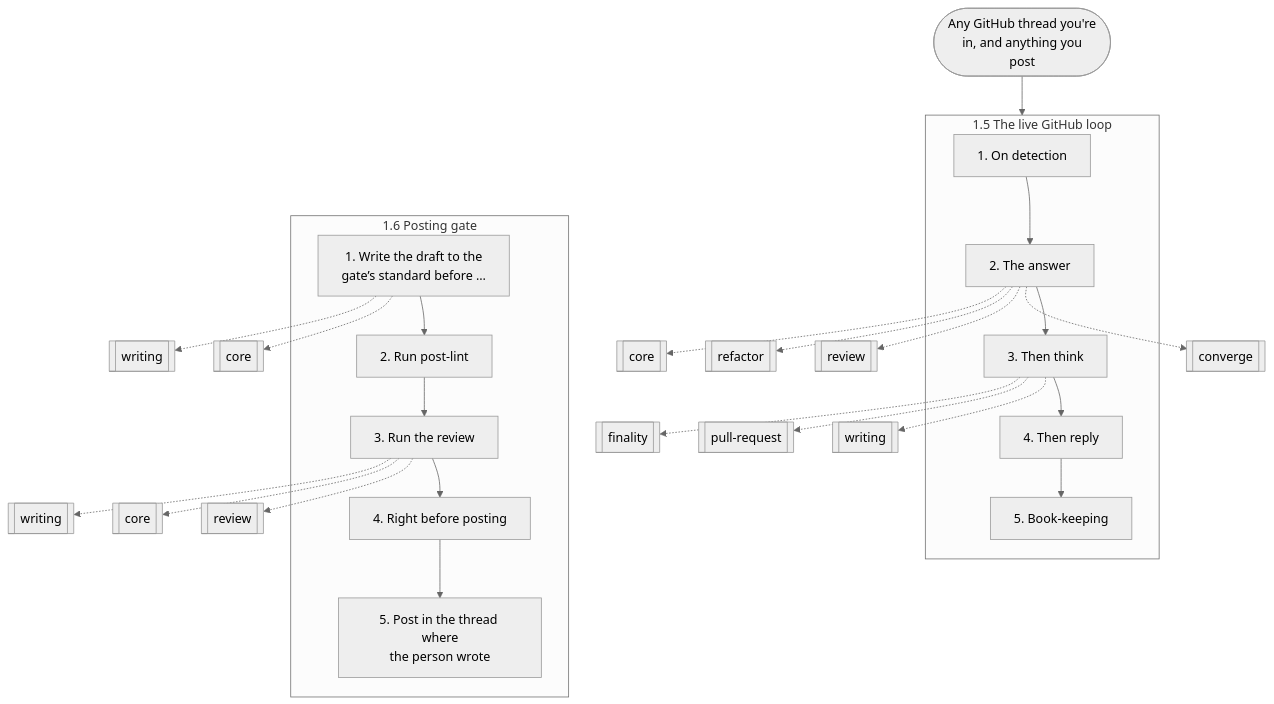
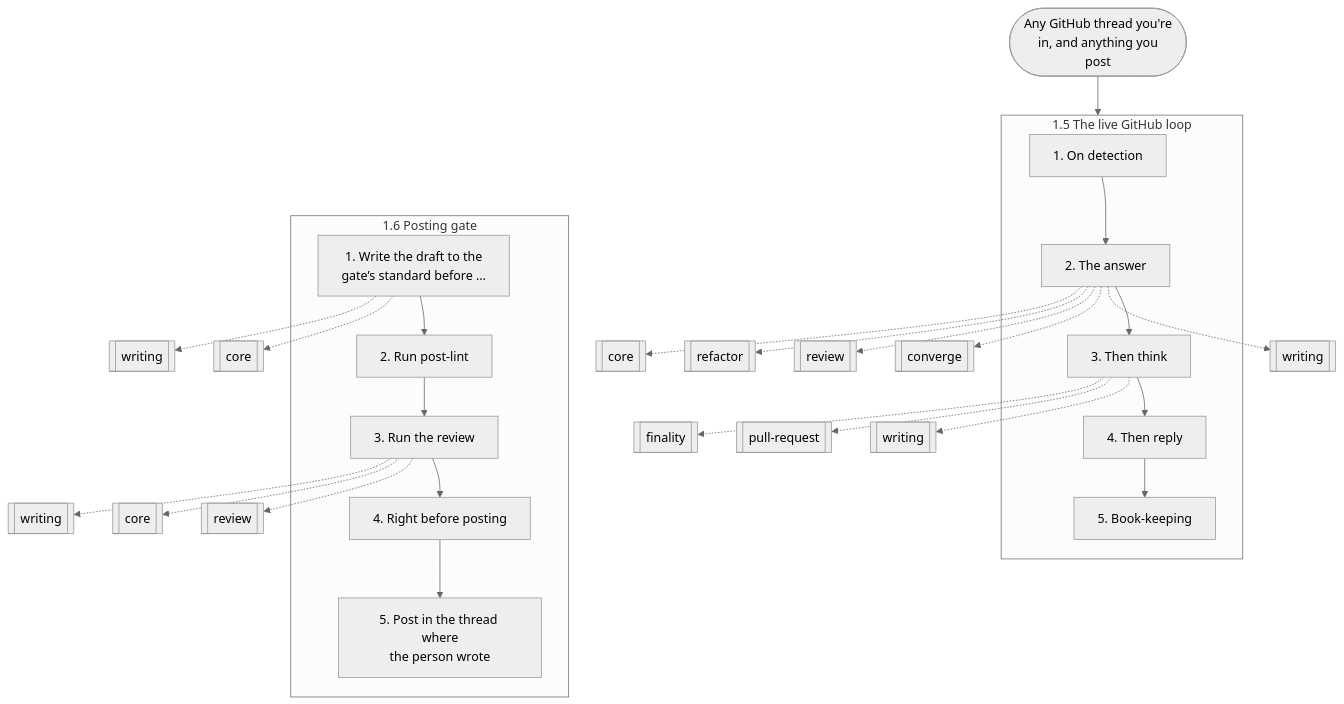
One commit to nitedani/mergeworthy changed the fourth of 17 diagrams in docs/graphs.md. Above: the diagram before and after it, drawn with Mermaid (neutral theme). The commit also changed other lines of this file and 11 other files, not shown here.

````diff
--- a/docs/graphs.md
+++ b/docs/graphs.md
@@ -127,40 +128,41 @@
 ```mermaid
 flowchart TB
   start(["Any GitHub thread you're<br/>in, and anything you<br/>post"])
   subgraph g0["1.5 The live GitHub loop"]
     s0["1. On detection"]
     s1["2. The answer"]
     s0 --> s1
     s2["3. Then think"]
     s1 --> s2
     s3["4. Then reply"]
     s2 --> s3
     s4["5. Book-keeping"]
     s3 --> s4
   end
-  s1 -.-> r1[["converge"]]
-  s1 -.-> r2[["review"]]
-  s1 -.-> r3[["refactor"]]
-  s1 -.-> r4[["core"]]
-  s2 -.-> r5[["writing"]]
-  s2 -.-> r6[["pull-request"]]
-  s2 -.-> r7[["finality"]]
+  s1 -.-> r1[["writing"]]
+  s1 -.-> r2[["converge"]]
+  s1 -.-> r3[["review"]]
+  s1 -.-> r4[["refactor"]]
+  s1 -.-> r5[["core"]]
+  s2 -.-> r6[["writing"]]
+  s2 -.-> r7[["pull-request"]]
+  s2 -.-> r8[["finality"]]
   subgraph g1["1.6 Posting gate"]
     s5["1. Write the draft to the<br/>gate’s standard before …"]
     s6["2. Run post-lint"]
     s5 --> s6
     s7["3. Run the review"]
     s6 --> s7
     s8["4. Right before posting"]
     s7 --> s8
     s9["5. Post in the thread where<br/>the person wrote"]
     s8 --> s9
   end
-  s5 -.-> r8[["core"]]
-  s5 -.-> r9[["writing"]]
-  s7 -.-> r10[["review"]]
-  s7 -.-> r11[["core"]]
-  s7 -.-> r12[["writing"]]
+  s5 -.-> r9[["core"]]
+  s5 -.-> r10[["writing"]]
+  s7 -.-> r11[["review"]]
+  s7 -.-> r12[["core"]]
+  s7 -.-> r13[["writing"]]
   start --> g0
   g0 ~~~ g1
 ```
````
